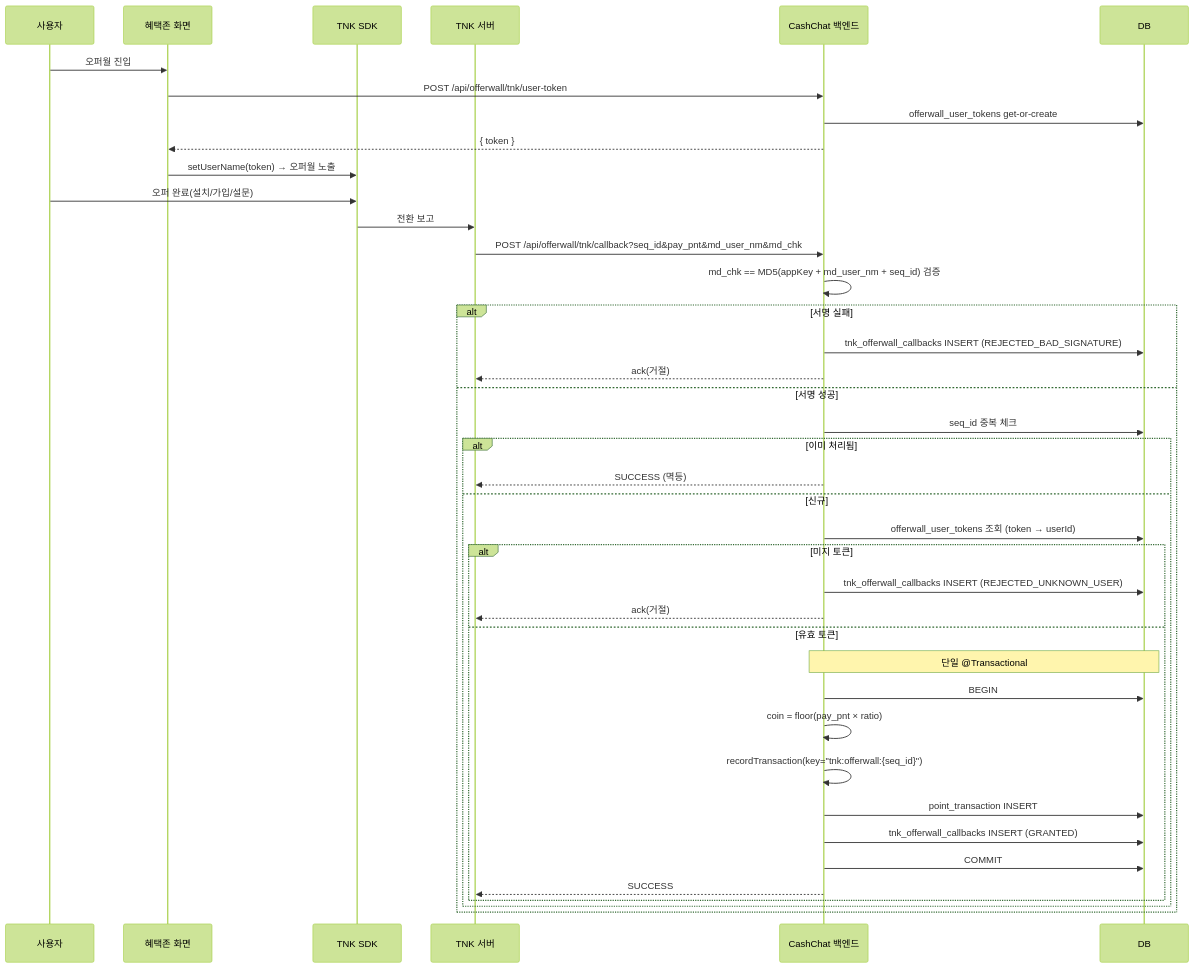
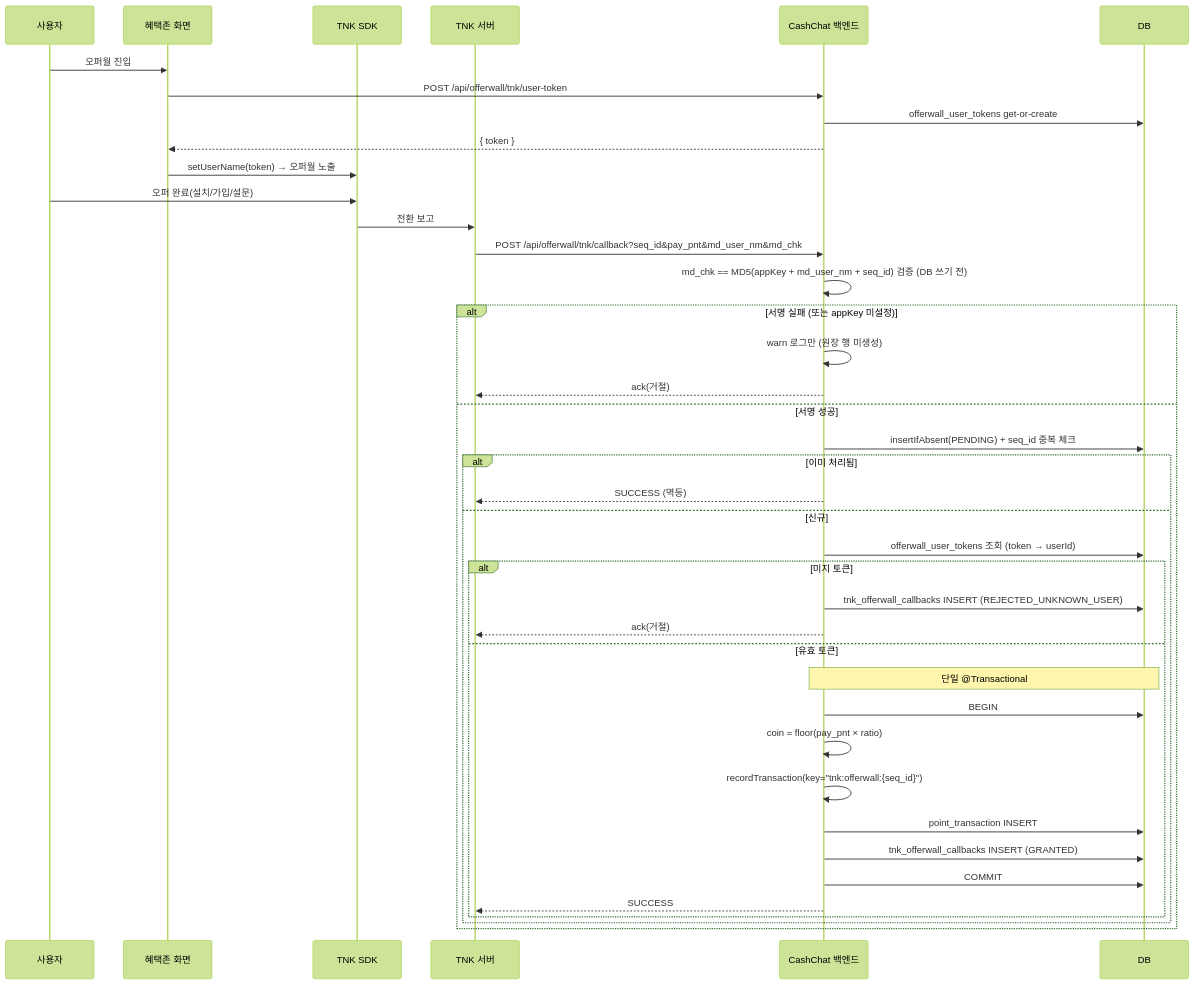
Before and after one commit to cash-chat-mvp/cash-chat-mvp: the diagram in docs/features/offerwall/spec.md, drawn with Mermaid (forest theme). The commit also changed other lines of this file and 2 other files, not shown here.

Commit message:
fix(offerwall): md_chk 검증을 원장 INSERT보다 먼저 수행
public 콜백에서 미검증 요청이 seq_id마다 영구 원장 행을 만들던 경로 차단.
서명 실패는 warn 로그만 남기고 미기록(AdMob SSV 패턴과 정합), 서명 통과분만
원장에 기록. spec 인수기준·시퀀스 다이어그램·테스트 갱신(리뷰 C2).

````diff
--- a/docs/features/offerwall/spec.md
+++ b/docs/features/offerwall/spec.md
@@ -121,43 +121,43 @@
 ```mermaid
 sequenceDiagram
     participant User as 사용자
     participant FE as 혜택존 화면
     participant SDK as TNK SDK
     participant TNK as TNK 서버
     participant API as CashChat 백엔드
     participant DB as DB
 
     User->>FE: 오퍼월 진입
     FE->>API: POST /api/offerwall/tnk/user-token
     API->>DB: offerwall_user_tokens get-or-create
     API-->>FE: { token }
     FE->>SDK: setUserName(token) → 오퍼월 노출
     User->>SDK: 오퍼 완료(설치/가입/설문)
     SDK->>TNK: 전환 보고
     TNK->>API: POST /api/offerwall/tnk/callback?seq_id&pay_pnt&md_user_nm&md_chk
-    API->>API: md_chk == MD5(appKey + md_user_nm + seq_id) 검증
-    alt 서명 실패
-        API->>DB: tnk_offerwall_callbacks INSERT (REJECTED_BAD_SIGNATURE)
+    API->>API: md_chk == MD5(appKey + md_user_nm + seq_id) 검증 (DB 쓰기 전)
+    alt 서명 실패 (또는 appKey 미설정)
+        API->>API: warn 로그만 (원장 행 미생성)
         API-->>TNK: ack(거절)
     else 서명 성공
-        API->>DB: seq_id 중복 체크
+        API->>DB: insertIfAbsent(PENDING) + seq_id 중복 체크
         alt 이미 처리됨
             API-->>TNK: SUCCESS (멱등)
         else 신규
             API->>DB: offerwall_user_tokens 조회 (token → userId)
             alt 미지 토큰
                 API->>DB: tnk_offerwall_callbacks INSERT (REJECTED_UNKNOWN_USER)
                 API-->>TNK: ack(거절)
             else 유효 토큰
                 Note over API,DB: 단일 @Transactional
                 API->>DB: BEGIN
                 API->>API: coin = floor(pay_pnt × ratio)
                 API->>API: recordTransaction(key="tnk:offerwall:{seq_id}")
                 API->>DB: point_transaction INSERT
                 API->>DB: tnk_offerwall_callbacks INSERT (GRANTED)
                 API->>DB: COMMIT
                 API-->>TNK: SUCCESS
             end
         end
     end
 ```
````
